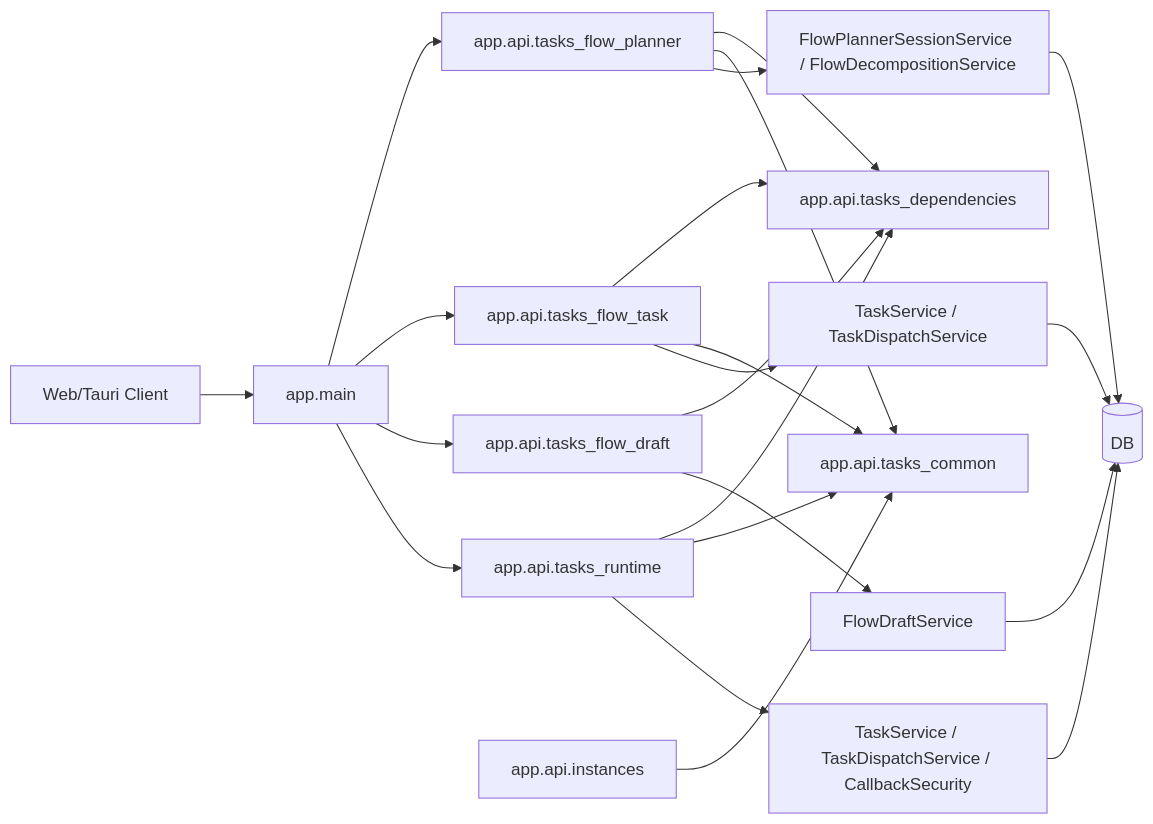
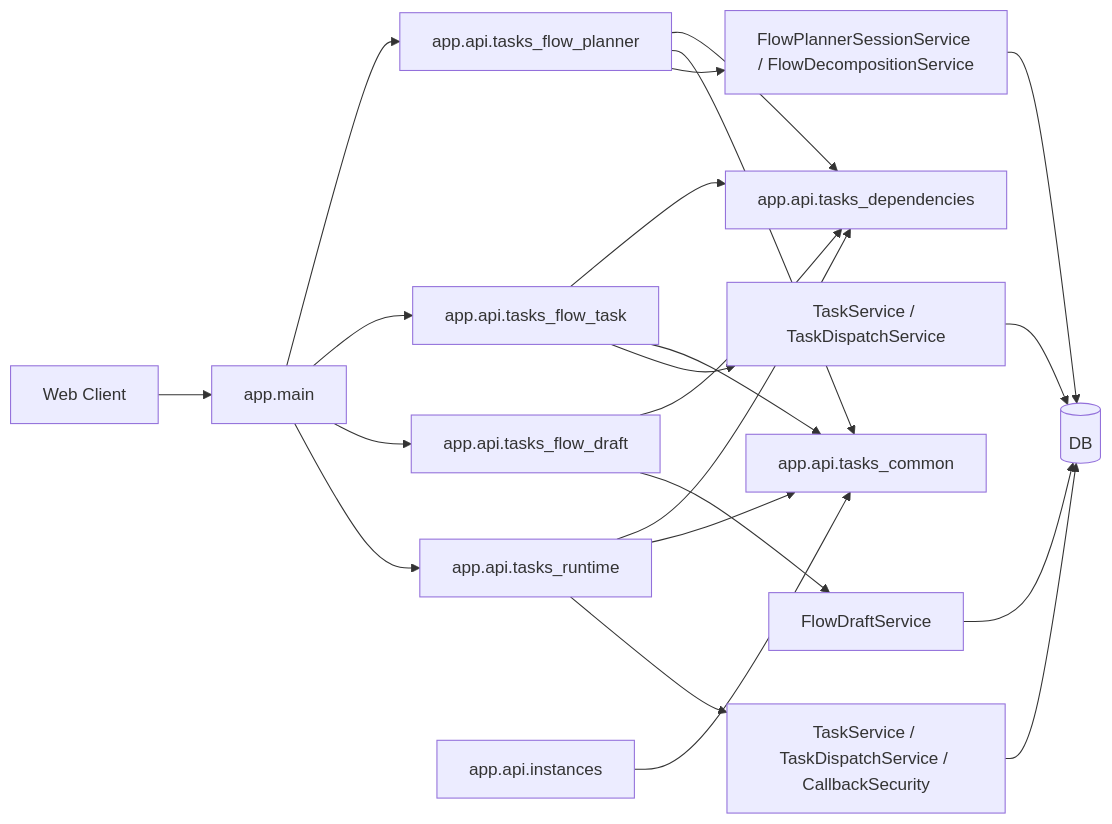
One commit to mini-mind/linpo changed the diagram in docs/architecture.md. Above: the diagram before and after it, drawn with Mermaid. The commit also changed other lines of this file and 22 other files, not shown here.

````diff
--- a/docs/architecture.md
+++ b/docs/architecture.md
@@ -257,28 +257,28 @@
 ```mermaid
 flowchart LR
-    Client["Web/Tauri Client"] --> Main["app.main"]
+    Client["Web Client"] --> Main["app.main"]
     Main --> TPlanner["app.api.tasks_flow_planner"]
     Main --> TFlowTask["app.api.tasks_flow_task"]
     Main --> TDraft["app.api.tasks_flow_draft"]
     Main --> TRuntime["app.api.tasks_runtime"]
 
     TPlanner --> TDeps["app.api.tasks_dependencies"]
     TFlowTask --> TDeps
     TDraft --> TDeps
     TRuntime --> TDeps
 
     TPlanner --> TCommon["app.api.tasks_common"]
     TFlowTask --> TCommon
     TRuntime --> TCommon
     Instances["app.api.instances"] --> TCommon
 
     TPlanner --> PlannerSvc["FlowPlannerSessionService / FlowDecompositionService"]
     TFlowTask --> TaskSvc["TaskService / TaskDispatchService"]
     TDraft --> DraftSvc["FlowDraftService"]
     TRuntime --> RuntimeSvc["TaskService / TaskDispatchService / CallbackSecurity"]
 
     PlannerSvc --> DB[(DB)]
     TaskSvc --> DB
     DraftSvc --> DB
     RuntimeSvc --> DB
 ```
````
